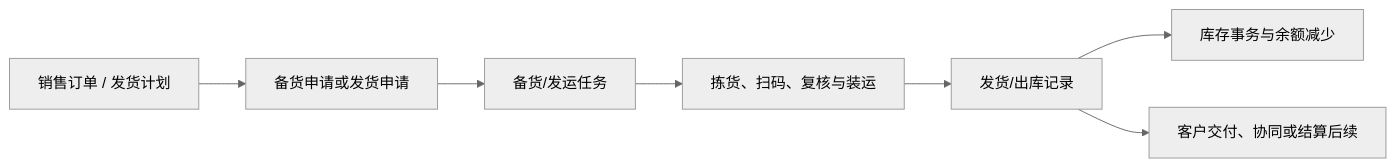
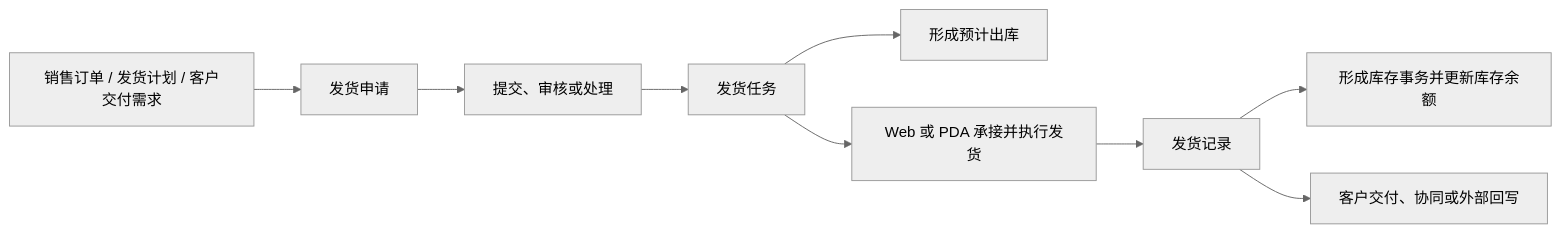
Before and after one commit to jiargcn/MomProductDocument: the first of 2 diagrams in docs/05-WMS-库房管理/10-销售出库/index.md, drawn with Mermaid (neutral theme). The commit also changed other lines of this file and 22 other files, not shown here.

````diff
--- a/docs/05-WMS-库房管理/10-销售出库/index.md
+++ b/docs/05-WMS-库房管理/10-销售出库/index.md
@@ -26,9 +37,11 @@
 ```mermaid
 flowchart LR
-    A["销售订单 / 发货计划"] --> B["备货申请或发货申请"]
-    B --> C["备货/发运任务"]
-    C --> D["拣货、扫码、复核与装运"]
-    D --> E["发货/出库记录"]
-    E --> F["库存事务与余额减少"]
-    E --> G["客户交付、协同或结算后续"]
+    A["销售订单 / 发货计划 / 客户交付需求"] --> B["发货申请"]
+    B --> C["提交、审核或处理"]
+    C --> D["发货任务"]
+    D --> E["形成预计出库"]
+    D --> F["Web 或 PDA 承接并执行发货"]
+    F --> G["发货记录"]
+    G --> H["形成库存事务并更新库存余额"]
+    G --> I["客户交付、协同或外部回写"]
 ```
````
